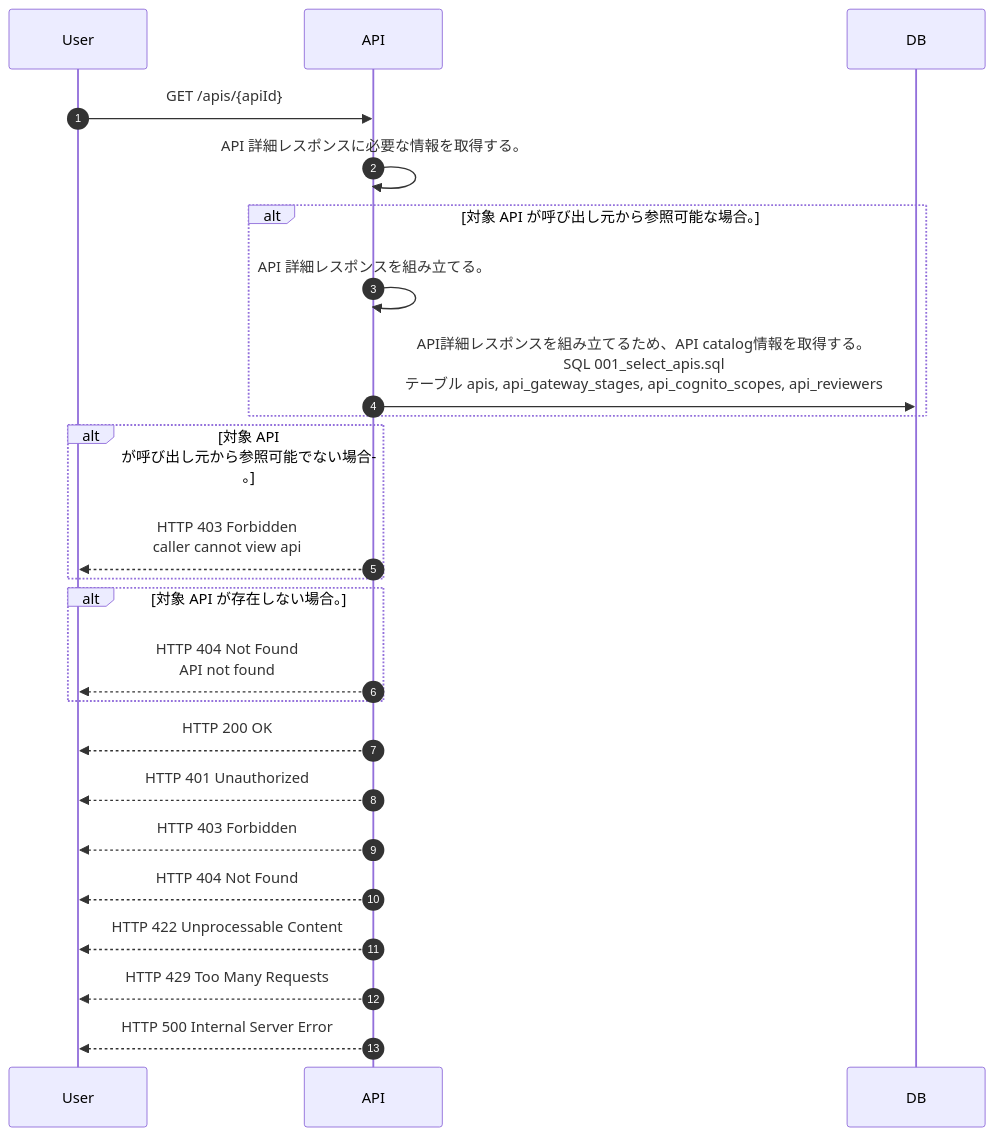
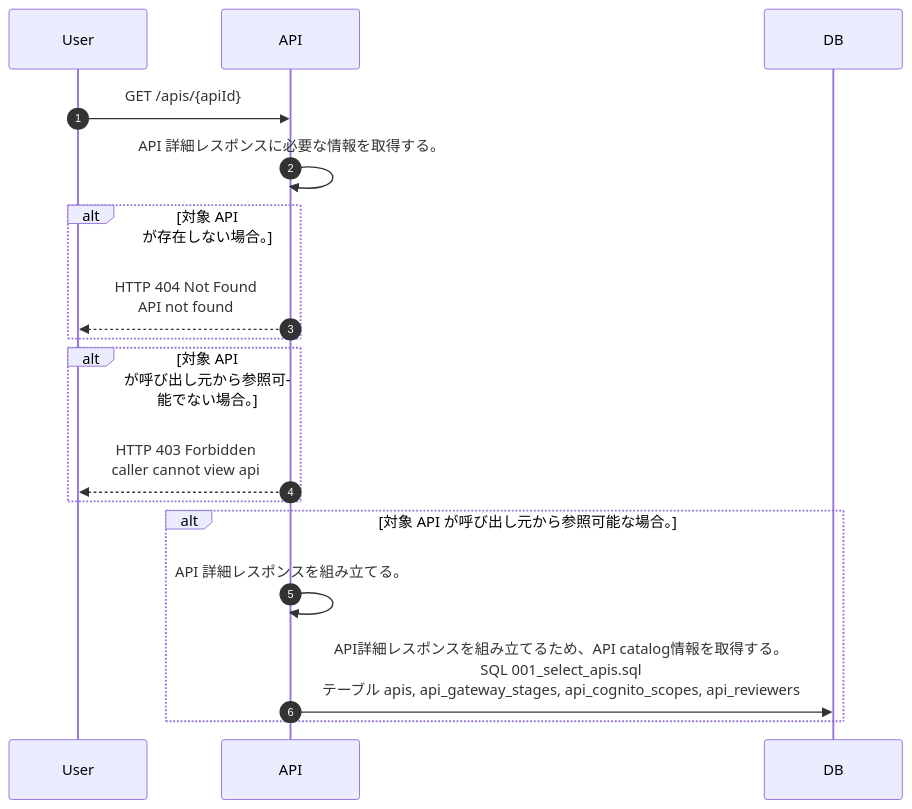
Before and after one commit to tsuji-tomonori/lazunex: the diagram in docs/spec/40.apis/apis/get_api/sequence_gen.md, drawn with Mermaid. The commit also changed 39 other files, not shown here.

Commit message:
🐛 fix(api): error_responsesとシーケンス出力を実装に同期

````diff
--- a/docs/spec/40.apis/apis/get_api/sequence_gen.md
+++ b/docs/spec/40.apis/apis/get_api/sequence_gen.md
@@ -5,26 +5,19 @@
 ```mermaid
 sequenceDiagram
   autonumber
   participant User as User
   participant API as API
   participant DB as DB
   User->>API: GET /apis/{apiId}
   API->>API: API 詳細レスポンスに必要な情報を取得する。
+  alt 対象 API が存在しない場合。
+    API-->>User: HTTP 404 Not Found<br/>API not found
+  end
+  alt 対象 API が呼び出し元から参照可能でない場合。
+    API-->>User: HTTP 403 Forbidden<br/>caller cannot view api
+  end
   alt 対象 API が呼び出し元から参照可能な場合。
     API->>API: API 詳細レスポンスを組み立てる。
     API->>DB: API詳細レスポンスを組み立てるため、API catalog情報を取得する。<br/>SQL 001_select_apis.sql<br/>テーブル apis, api_gateway_stages, api_cognito_scopes, api_reviewers
   end
-  alt 対象 API が呼び出し元から参照可能でない場合。
-    API-->>User: HTTP 403 Forbidden<br/>caller cannot view api
-  end
-  alt 対象 API が存在しない場合。
-    API-->>User: HTTP 404 Not Found<br/>API not found
-  end
-  API-->>User: HTTP 200 OK
-  API-->>User: HTTP 401 Unauthorized
-  API-->>User: HTTP 403 Forbidden
-  API-->>User: HTTP 404 Not Found
-  API-->>User: HTTP 422 Unprocessable Content
-  API-->>User: HTTP 429 Too Many Requests
-  API-->>User: HTTP 500 Internal Server Error
 ```
````
